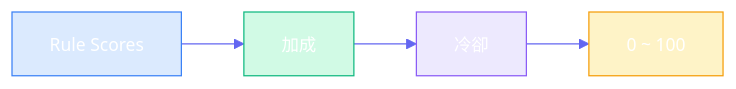
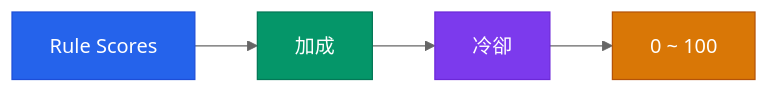
Before and after one commit to Neal75418/afterclose: the third of 3 diagrams in docs/RULE_ENGINE.md, drawn with Mermaid. The commit also changed other lines of this file and 6 other files, not shown here.

First line of the commit message:
docs: update documentation — test counts, dark-mode Mermaid, CHANGELOG entries, anchor fixes

````diff
--- a/docs/RULE_ENGINE.md
+++ b/docs/RULE_ENGINE.md
@@ -182,12 +182,12 @@
 ```mermaid
-%%{init: {'theme': 'base', 'themeVariables': {'primaryColor': '#4F46E5', 'primaryTextColor': '#fff', 'primaryBorderColor': '#3730A3', 'lineColor': '#6366F1', 'fontSize': '14px'}}}%%
+%%{init: {'theme': 'neutral'}}%%
 flowchart LR
     Rules["Rule Scores"] --> Bonus["加成"]
     Bonus --> Cooldown["冷卻"]
     Cooldown --> Cap["0 ~ 100"]
 
-    style Rules fill:#DBEAFE,stroke:#3B82F6
-    style Bonus fill:#D1FAE5,stroke:#10B981
-    style Cooldown fill:#EDE9FE,stroke:#8B5CF6
-    style Cap fill:#FEF3C7,stroke:#F59E0B
+    style Rules fill:#2563EB,color:#fff,stroke:#1D4ED8
+    style Bonus fill:#059669,color:#fff,stroke:#047857
+    style Cooldown fill:#7C3AED,color:#fff,stroke:#6D28D9
+    style Cap fill:#D97706,color:#fff,stroke:#B45309
 ```
````
